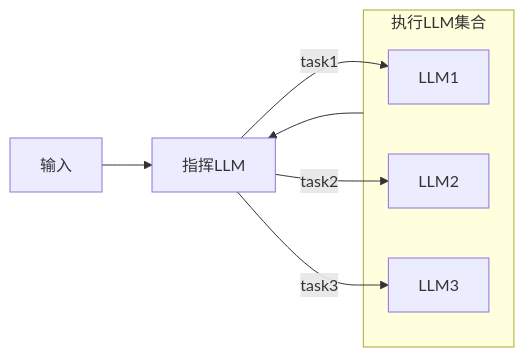
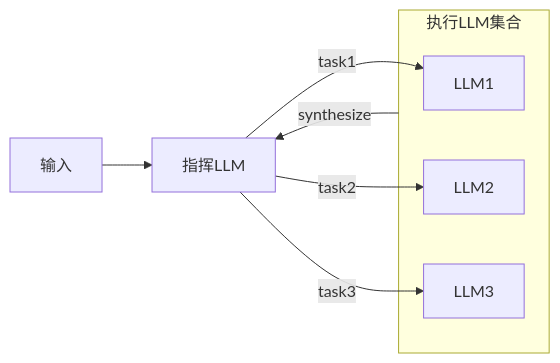
One commit to hxw05/notes changed the fifth of 8 diagrams in agent_readings/building-effective-agents.md. Above: the diagram before and after it, drawn with Mermaid. The commit also changed other lines of this file and 3 other files, not shown here.

````diff
--- a/agent_readings/building-effective-agents.md
+++ b/agent_readings/building-effective-agents.md
@@ -120,13 +120,13 @@
 ```mermaid
 flowchart LR
 in[输入] --> och[指挥LLM]
 och -->|task1| LLM1
 och -->|task2| LLM2
 och -->|task3| LLM3
 subgraph A[执行LLM集合]
     LLM1
     LLM2
     LLM3
 end
-A --> och
+A -->|synthesize| och
 ```
````
